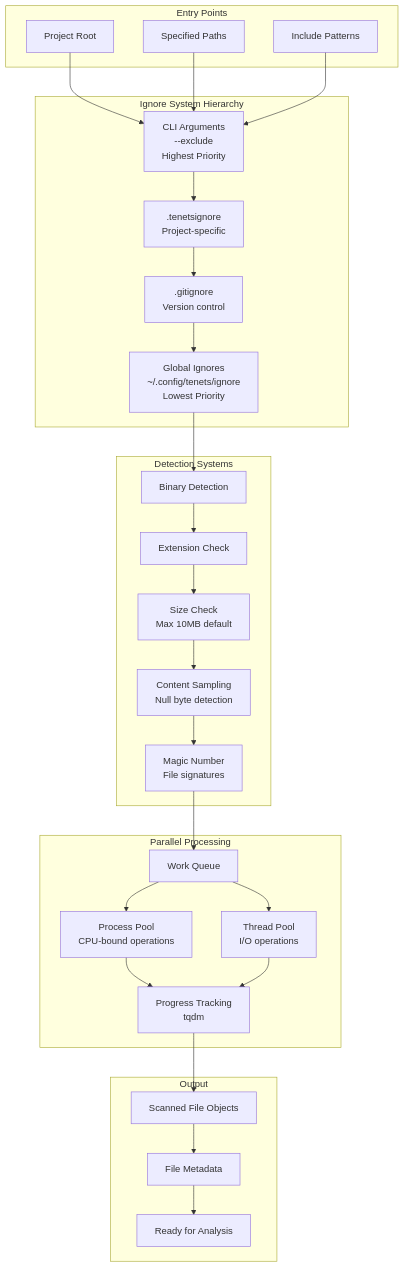
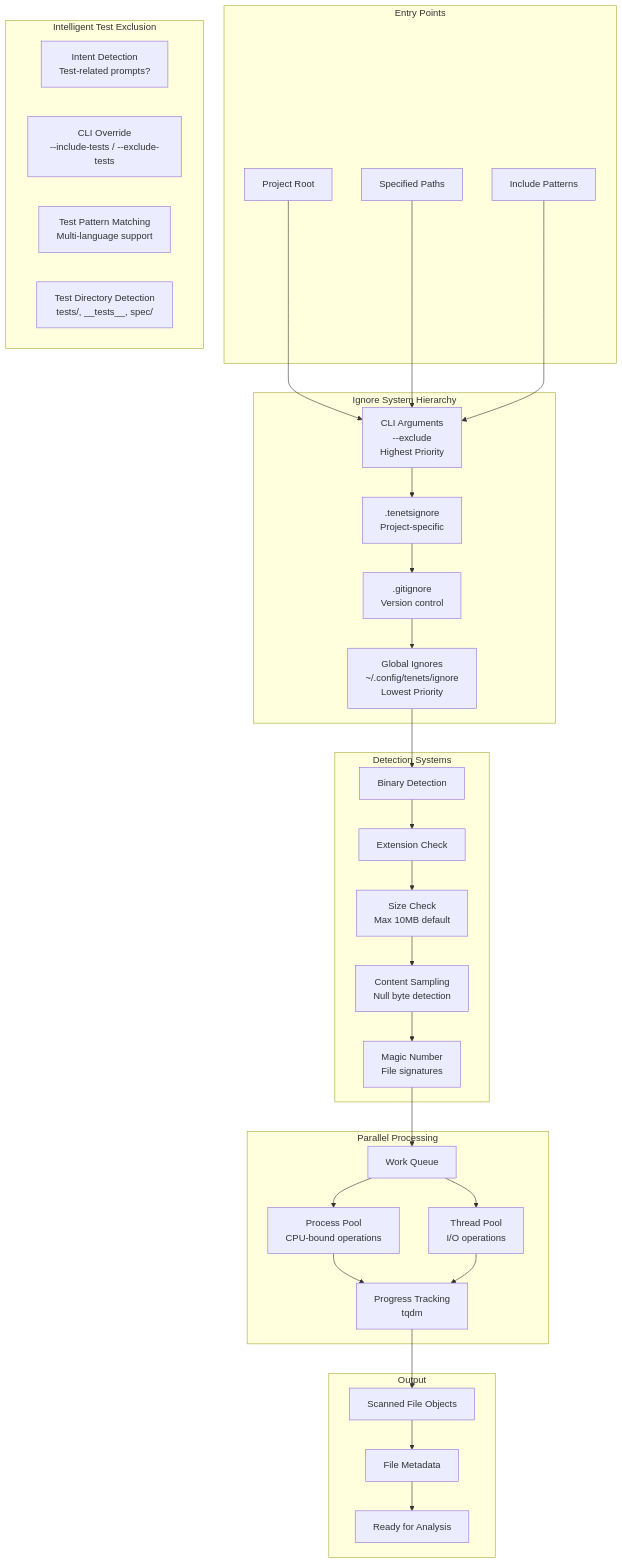
One commit to jddunn/tenets changed the fifth of 32 diagrams in docs/ARCHITECTURE.md. Above: the diagram before and after it, drawn with Mermaid. The commit also changed other lines of this file and 21 other files, not shown here.

Commit message:
feat: add automatic tests exclusion to changes unless specifically mapped in intents; styling

````diff
--- a/docs/ARCHITECTURE.md
+++ b/docs/ARCHITECTURE.md
@@ -356,60 +356,66 @@
 ```mermaid
 graph TD
     subgraph "Entry Points"
         ROOT[Project Root]
         PATHS[Specified Paths]
         PATTERNS[Include Patterns]
     end
-    
+
     subgraph "Ignore System Hierarchy"
         CLI_IGNORE[CLI Arguments<br/>--exclude<br/>Highest Priority]
         TENETS_IGNORE[.tenetsignore<br/>Project-specific]
         GIT_IGNORE[.gitignore<br/>Version control]
         GLOBAL_IGNORE[Global Ignores<br/>~/.config/tenets/ignore<br/>Lowest Priority]
     end
-    
+    subgraph "Intelligent Test Exclusion"
+        INTENT_DETECT[Intent Detection<br/>Test-related prompts?]
+        CLI_OVERRIDE[CLI Override<br/>--include-tests / --exclude-tests]
+        TEST_PATTERNS[Test Pattern Matching<br/>Multi-language support]
+        TEST_DIRS[Test Directory Detection<br/>tests/, __tests__, spec/]
+    end
+
     subgraph "Detection Systems"
         BINARY_DET[Binary Detection]
         EXT_CHECK[Extension Check]
         SIZE_CHECK[Size Check<br/>Max 10MB default]
         CONTENT_CHECK[Content Sampling<br/>Null byte detection]
         MAGIC_CHECK[Magic Number<br/>File signatures]
     end
-    
+
     subgraph "Parallel Processing"
         WORK_QUEUE[Work Queue]
         PROCESS_POOL[Process Pool<br/>CPU-bound operations]
         THREAD_POOL[Thread Pool<br/>I/O operations]
         PROGRESS[Progress Tracking<br/>tqdm]
     end
-    
+
     subgraph "Output"
         SCANNED_FILE[Scanned File Objects]
         METADATA[File Metadata]
         ANALYSIS_READY[Ready for Analysis]
     end
-    
+
     ROOT --> CLI_IGNORE
     PATHS --> CLI_IGNORE
     PATTERNS --> CLI_IGNORE
-    
+
     CLI_IGNORE --> TENETS_IGNORE
     TENETS_IGNORE --> GIT_IGNORE
     GIT_IGNORE --> GLOBAL_IGNORE
-    
+
     GLOBAL_IGNORE --> BINARY_DET
     BINARY_DET --> EXT_CHECK
     EXT_CHECK --> SIZE_CHECK
     SIZE_CHECK --> CONTENT_CHECK
     CONTENT_CHECK --> MAGIC_CHECK
-    
+
     MAGIC_CHECK --> WORK_QUEUE
     WORK_QUEUE --> PROCESS_POOL
     WORK_QUEUE --> THREAD_POOL
     PROCESS_POOL --> PROGRESS
     THREAD_POOL --> PROGRESS
-    
+
     PROGRESS --> SCANNED_FILE
     SCANNED_FILE --> METADATA
     METADATA --> ANALYSIS_READY
 ```
````
